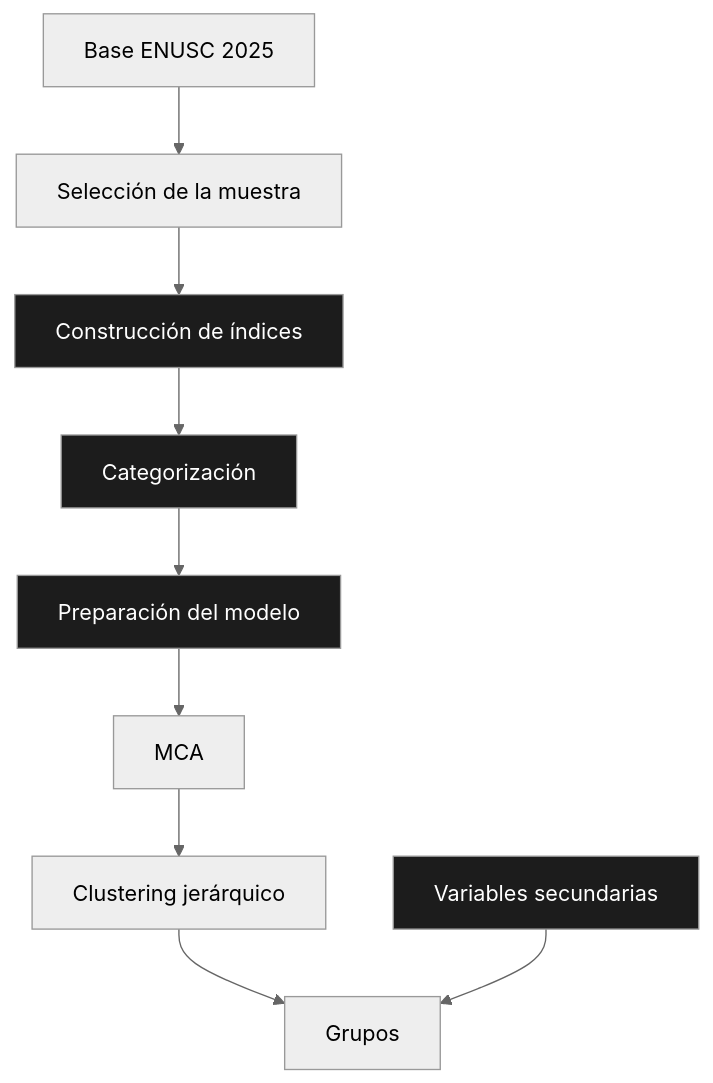
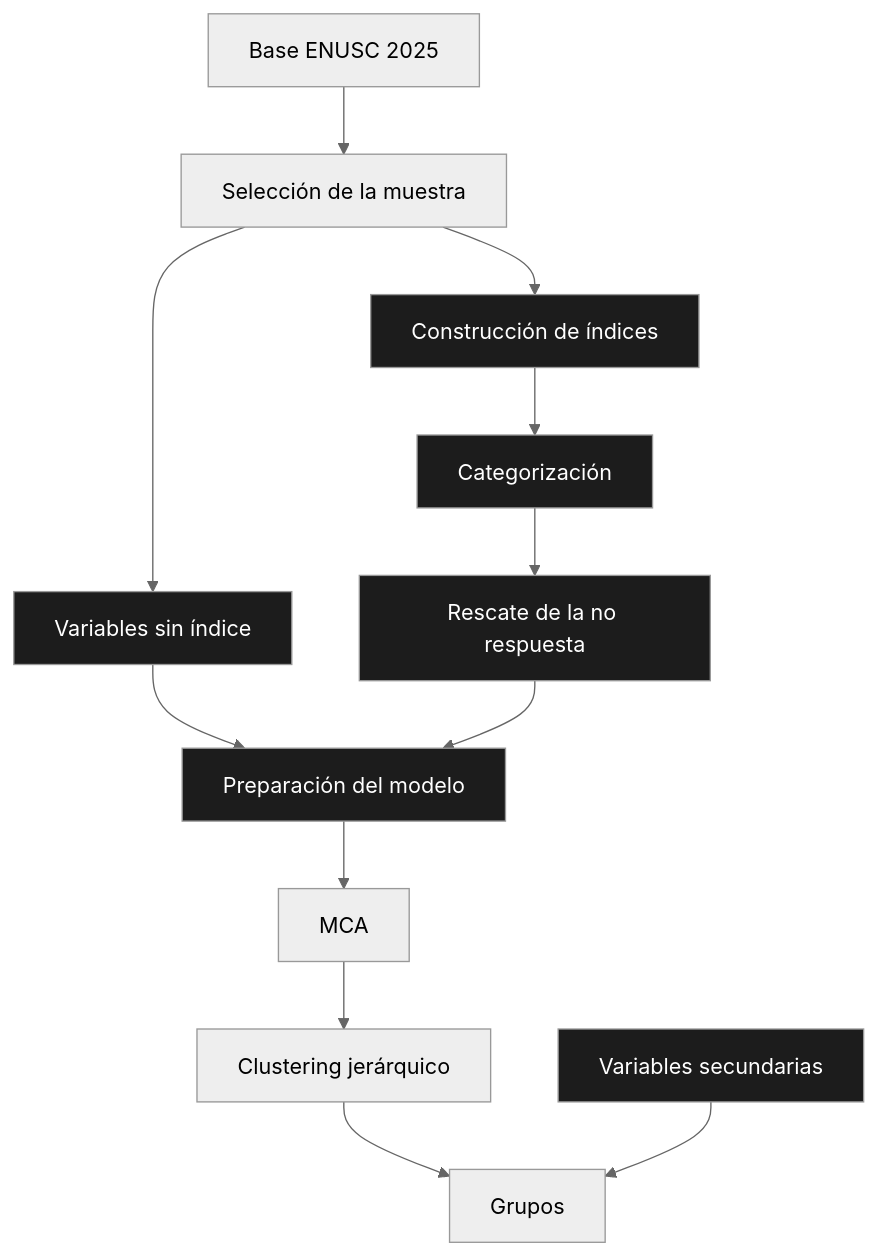
The diagram in web/pipeline.qmd (Martin-Venegas-M/2026_pnud_miedo), drawn with Mermaid (neutral theme) before and after one commit. The commit also changed other lines of this file and 26 other files, not shown here.

````diff
--- a/web/pipeline.qmd
+++ b/web/pipeline.qmd
@@ -26,17 +26,22 @@
 ```{mermaid}
-%%| fig-cap: "El recorrido. En gris, pasos mecánicos; en negro, los que involucran una decisión metodológica. Las variables secundarias no alimentan el modelo: se usan para describir los grupos una vez formados."
+%%| fig-cap: "El recorrido. En gris, pasos mecánicos; en negro, los que involucran una decisión metodológica. Cuatro de las ocho variables del modelo no pasan por un índice: se construyen directo desde las columnas originales. Las variables secundarias no alimentan el modelo: se usan para describir los grupos una vez formados."
 flowchart TD
     A[Base ENUSC 2025] --> B[Selección de la muestra]
     B --> C[Construcción de índices]
+    B --> J[Variables sin índice]
     C --> D[Categorización]
-    D --> E[Preparación del modelo]
+    D --> K[Rescate de la no respuesta]
+    J --> E[Preparación del modelo]
+    K --> E
     E --> F[MCA]
     F --> G[Clustering jerárquico]
     G --> H[Grupos]
     I[Variables secundarias] --> H
 
     style C fill:#1c1c1c,color:#fff
     style D fill:#1c1c1c,color:#fff
+    style J fill:#1c1c1c,color:#fff
+    style K fill:#1c1c1c,color:#fff
     style E fill:#1c1c1c,color:#fff
     style I fill:#1c1c1c,color:#fff
 ```
````
